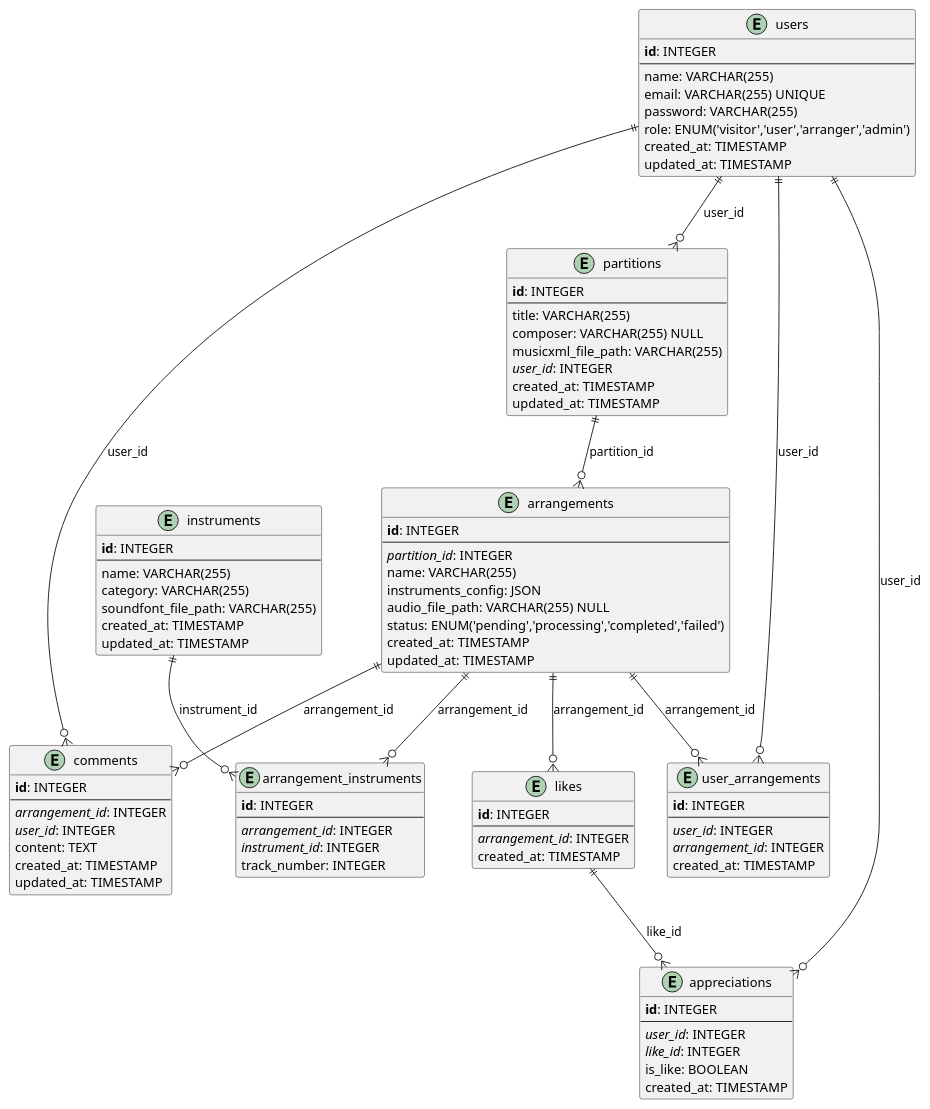
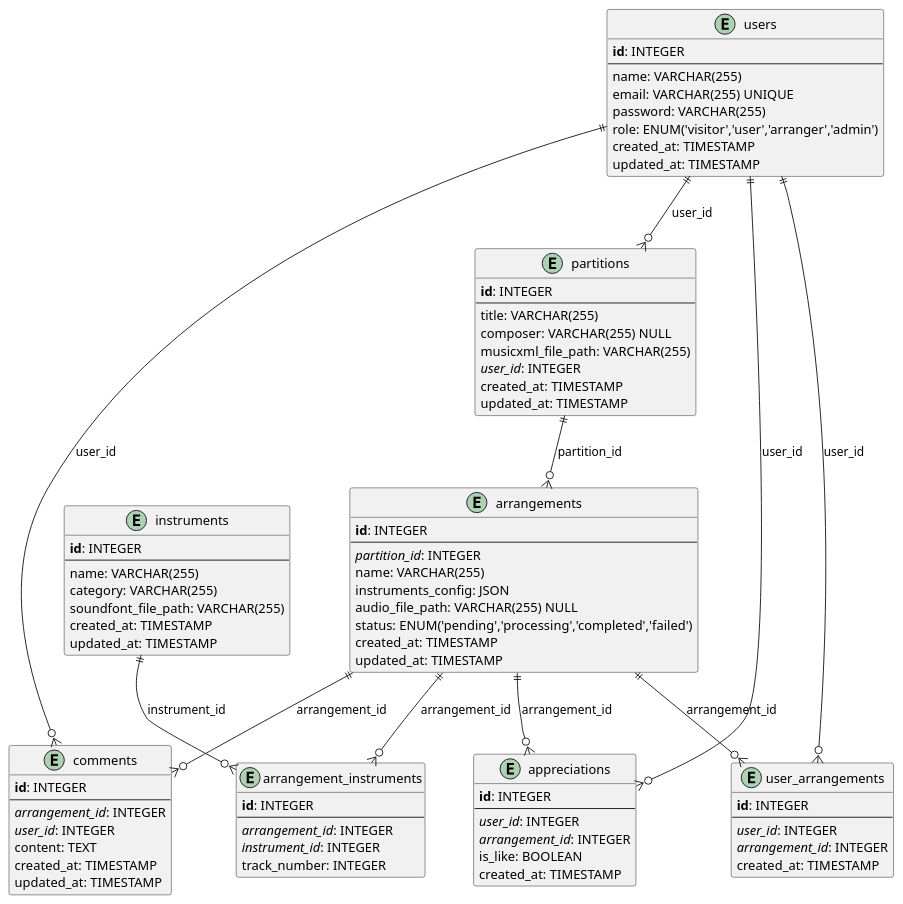
One commit to OretrO/Len-Synphonie changed the second of 2 diagrams in README.md. Above: the diagram before and after it, drawn with PlantUML. The commit also changed other lines of this file, not shown here.

````diff
--- a/README.md
+++ b/README.md
@@ -201,18 +196,11 @@
   updated_at: TIMESTAMP
 }
 
-entity "likes" as likes {
-  <b>id</b>: INTEGER
-  --
-  <i>arrangement_id</i>: INTEGER
-  created_at: TIMESTAMP
-}
-
 entity "appreciations" as appreciations {
   <b>id</b>: INTEGER
   --
   <i>user_id</i>: INTEGER
-  <i>like_id</i>: INTEGER
+  <i>arrangement_id</i>: INTEGER
   is_like: BOOLEAN
   created_at: TIMESTAMP
 }
@@ -234,10 +222,8 @@
 
 arrangements ||--o{ arrangement_instruments : "arrangement_id"
 arrangements ||--o{ comments : "arrangement_id"
-arrangements ||--o{ likes : "arrangement_id"
+arrangements ||--o{ appreciations : "arrangement_id"
 arrangements ||--o{ user_arrangements : "arrangement_id"
 
 instruments ||--o{ arrangement_instruments : "instrument_id"
-
-likes ||--o{ appreciations : "like_id"
 ```
````
